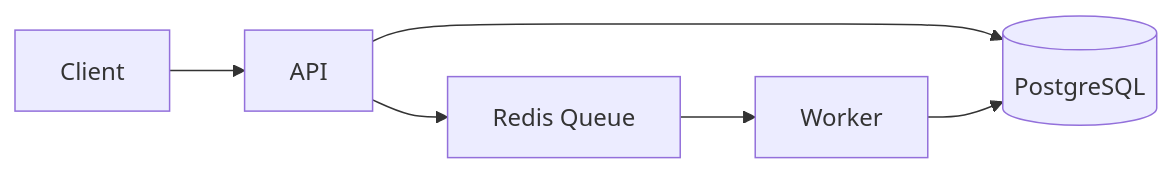
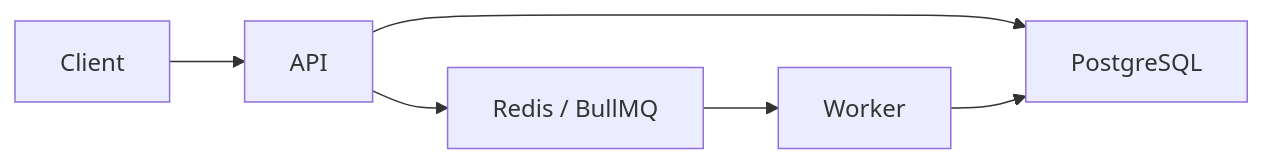
Before and after one commit to dushyant4665/async-data-processing: the diagram in README.md, drawn with Mermaid. The commit also changed other lines of this file and 16 other files, not shown here.

Commit message:
simplify the system architecture

````diff
--- a/README.md
+++ b/README.md
@@ -7,8 +7,8 @@
 ```mermaid
 flowchart LR
-  A[Client] --> B[API]
-  B --> C[(PostgreSQL)]
-  B --> D[Redis Queue]
-  D --> E[Worker]
-  E --> C
+  Client --> API
+  API --> PostgreSQL
+  API --> RedisQueue[Redis / BullMQ]
+  RedisQueue --> Worker
+  Worker --> PostgreSQL
 ```
````
